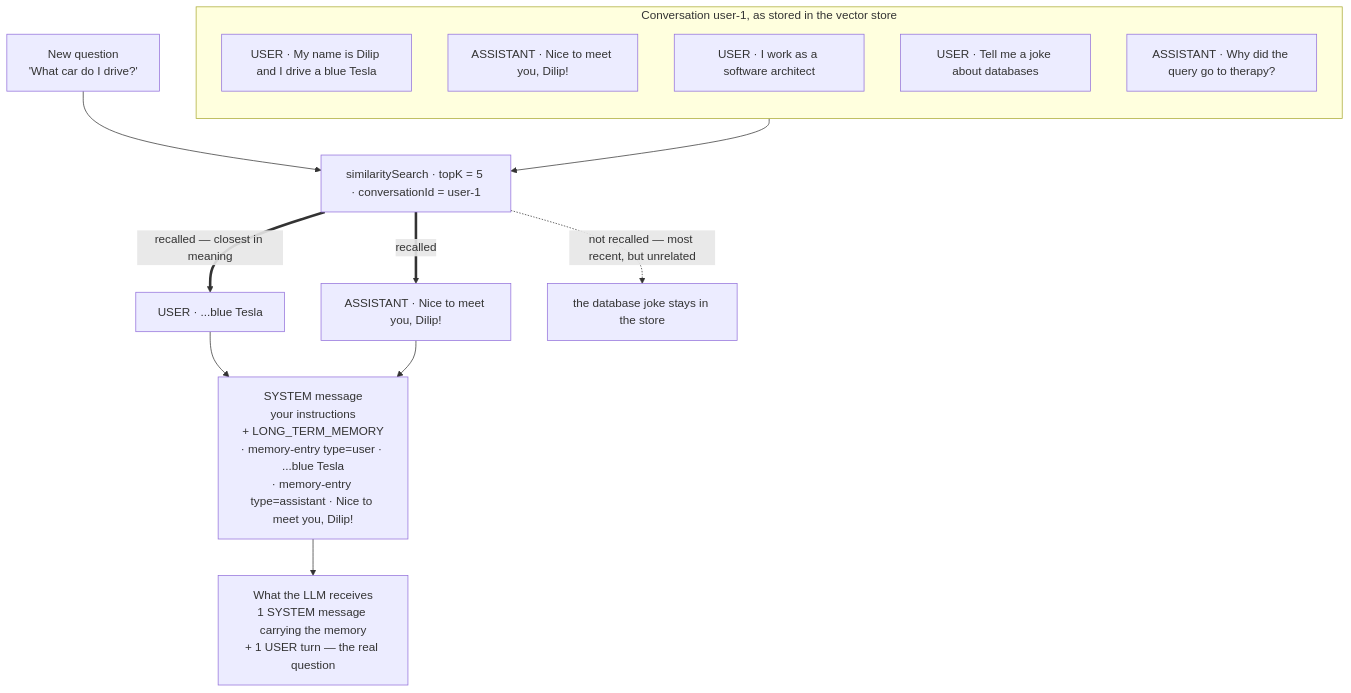
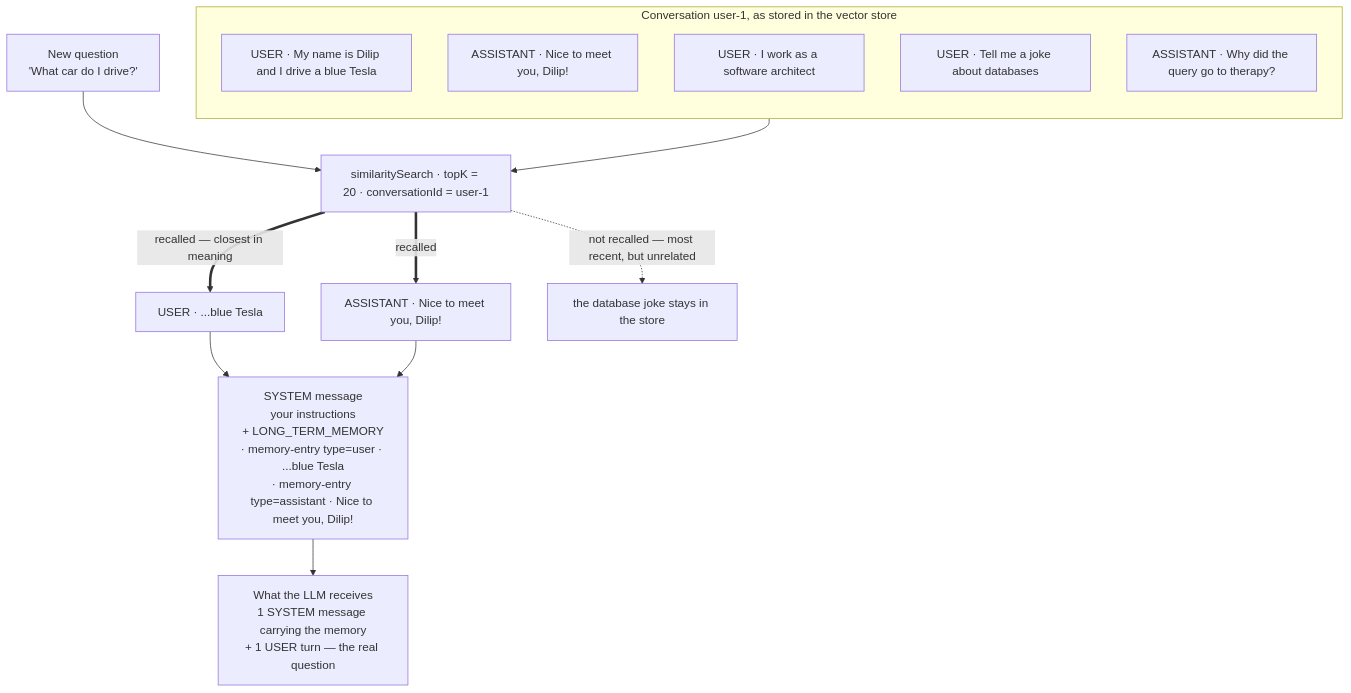
One commit to dilipsundarraj1/spring-ai changed the eighth of 8 diagrams in chat-memory/README.md. Above: the diagram before and after it, drawn with Mermaid. The commit also changed other lines of this file and 6 other files, not shown here.

````diff
--- a/chat-memory/README.md
+++ b/chat-memory/README.md
@@ -717,24 +657,24 @@
 ```mermaid
 flowchart TB
     Q["New question<br/>'What car do I drive?'"]
 
     subgraph CONV["Conversation user-1, as stored in the vector store"]
         direction TB
         M1["USER · My name is Dilip and I drive a blue Tesla"]
         M2["ASSISTANT · Nice to meet you, Dilip!"]
         M3["USER · I work as a software architect"]
         M4["USER · Tell me a joke about databases"]
         M5["ASSISTANT · Why did the query go to therapy?"]
     end
 
-    Q --> SEARCH["similaritySearch · topK = 5 · conversationId = user-1"]
+    Q --> SEARCH["similaritySearch · topK = 20 · conversationId = user-1"]
     CONV --> SEARCH
 
     SEARCH == "recalled — closest in meaning" ==> H1["USER · ...blue Tesla"]
     SEARCH == "recalled" ==> H2["ASSISTANT · Nice to meet you, Dilip!"]
     SEARCH -. "not recalled — most recent, but unrelated" .-> H3["the database joke stays in the store"]
 
     H1 --> SYS["SYSTEM message<br/>your instructions<br/>+ LONG_TERM_MEMORY<br/>· memory-entry type=user · ...blue Tesla<br/>· memory-entry type=assistant · Nice to meet you, Dilip!"]
     H2 --> SYS
     SYS --> LLM["What the LLM receives<br/>1 SYSTEM message carrying the memory<br/>+ 1 USER turn — the real question"]
 ```
````
